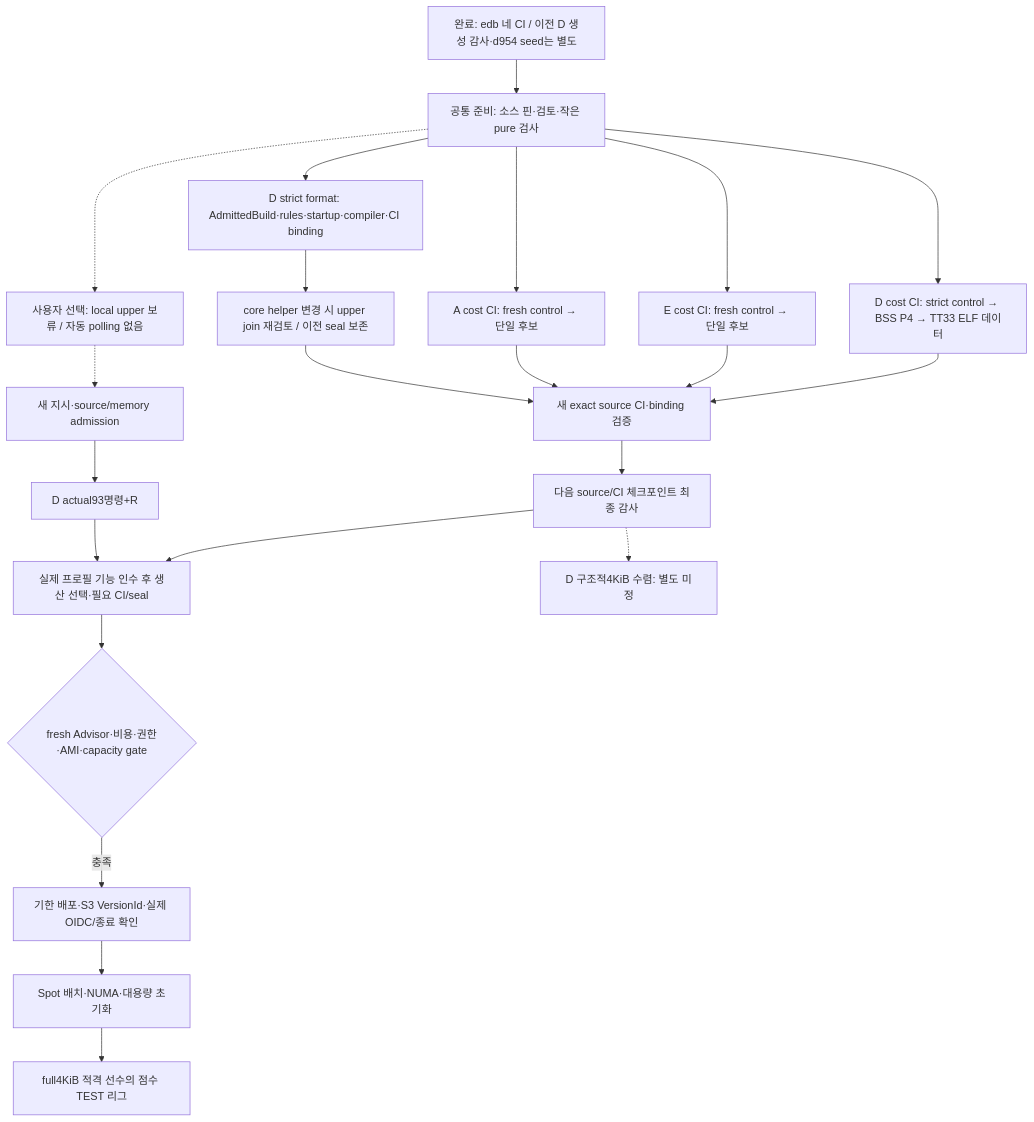
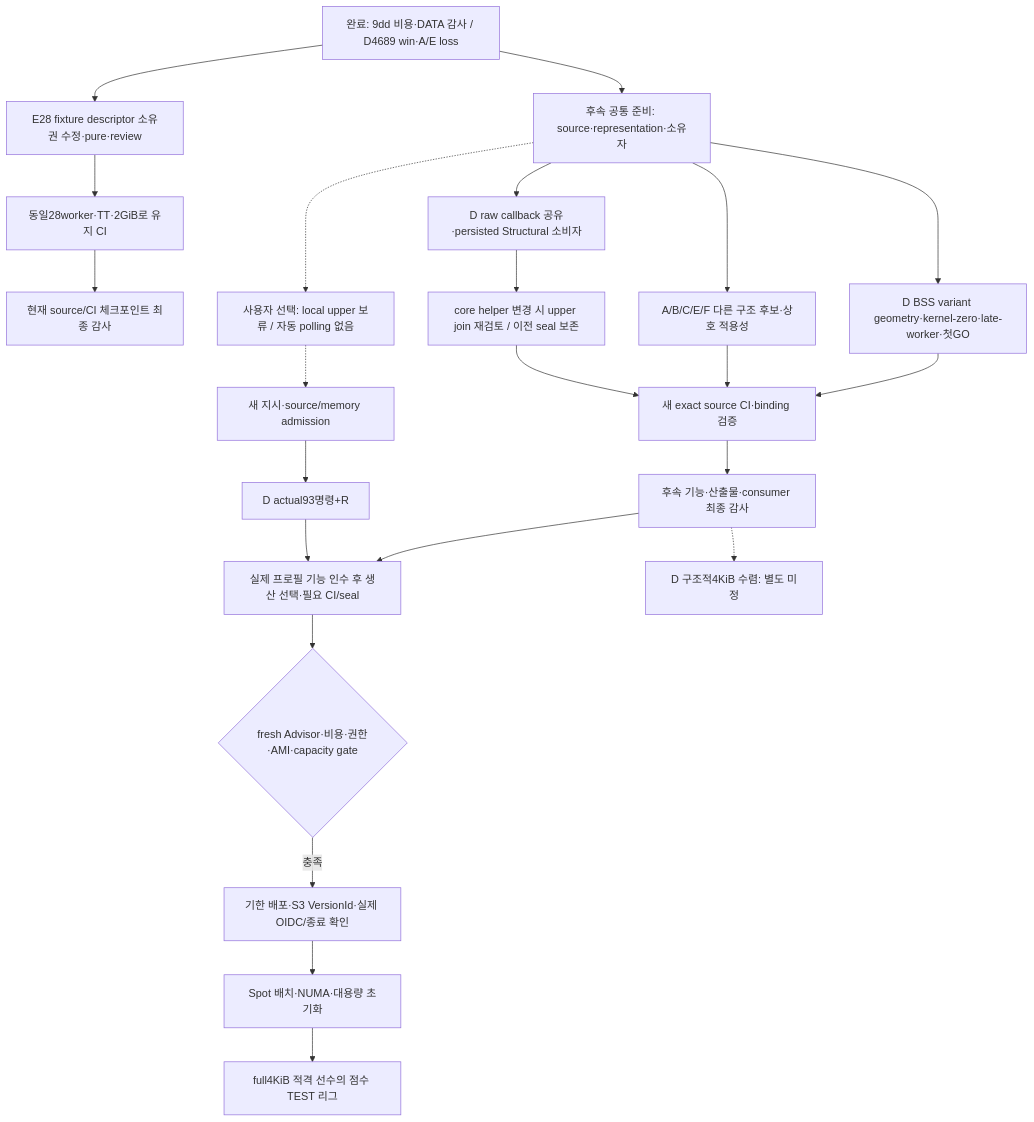
Before and after one commit to daejunnom/Rove4k: the fourth of 4 diagrams in docs/ENGINE-PLAN.ko.md, drawn with Mermaid. The commit also changed other lines of this file and 4 other files, not shown here.

```diff
--- a/docs/ENGINE-PLAN.ko.md
+++ b/docs/ENGINE-PLAN.ko.md
@@ -672,24 +706,25 @@
 ~~~mermaid
 flowchart TD
-  DONE[완료: edb 네 CI / 이전 D 생성 감사·d954 seed는 별도] --> PREP[공통 준비: 소스 핀·검토·작은 pure 검사]
-  PREP --> D[D strict format: AdmittedBuild·rules·startup·compiler·CI binding]
-  PREP --> AE[A cost CI: fresh control → 단일 후보]
-  PREP --> E[E cost CI: fresh control → 단일 후보]
-  PREP --> BSS[D cost CI: strict control → BSS P4 → TT33 ELF 데이터]
+  DONE[완료: 9dd 비용·DATA 감사 / D4689 win·A/E loss] --> FIX[E28 fixture descriptor 소유권 수정·pure·review]
+  FIX --> RETAIN[동일28worker·TT·2GiB로 유지 CI]
+  RETAIN --> AUDIT[현재 source/CI 체크포인트 최종 감사]
+  DONE --> PREP[후속 공통 준비: source·representation·소유자]
+  PREP --> D[D raw callback 공유·persisted Structural 소비자]
+  PREP --> AE[A/B/C/E/F 다른 구조 후보·상호 적용성]
+  PREP --> BSS[D BSS variant geometry·kernel-zero·late-worker·첫GO]
   D --> JOIN[core helper 변경 시 upper join 재검토 / 이전 seal 보존]
   JOIN --> CI[새 exact source CI·binding 검증]
   AE --> CI
-  E --> CI
   BSS --> CI
-  CI --> AUDIT[다음 source/CI 체크포인트 최종 감사]
+  CI --> NEXTAUDIT[후속 기능·산출물·consumer 최종 감사]
   PREP -.-> HOLD[사용자 선택: local upper 보류 / 자동 polling 없음]
   HOLD -.-> MEM[새 지시·source/memory admission]
   MEM --> UPPER[D actual93명령+R]
   UPPER --> SELECT[실제 프로필 기능 인수 후 생산 선택·필요 CI/seal]
-  AUDIT --> SELECT
+  NEXTAUDIT --> SELECT
   SELECT --> GATE{fresh Advisor·비용·권한·AMI·capacity gate}
   GATE -->|충족| LIVE[기한 배포·S3 VersionId·실제 OIDC/종료 확인]
   LIVE --> NUMA[Spot 배치·NUMA·대용량 초기화]
   NUMA --> LEAGUE[full4KiB 적격 선수의 점수 TEST 리그]
-  AUDIT -.-> SIZE[D 구조적4KiB 수렴: 별도 미정]
+  NEXTAUDIT -.-> SIZE[D 구조적4KiB 수렴: 별도 미정]
 ~~~
```
